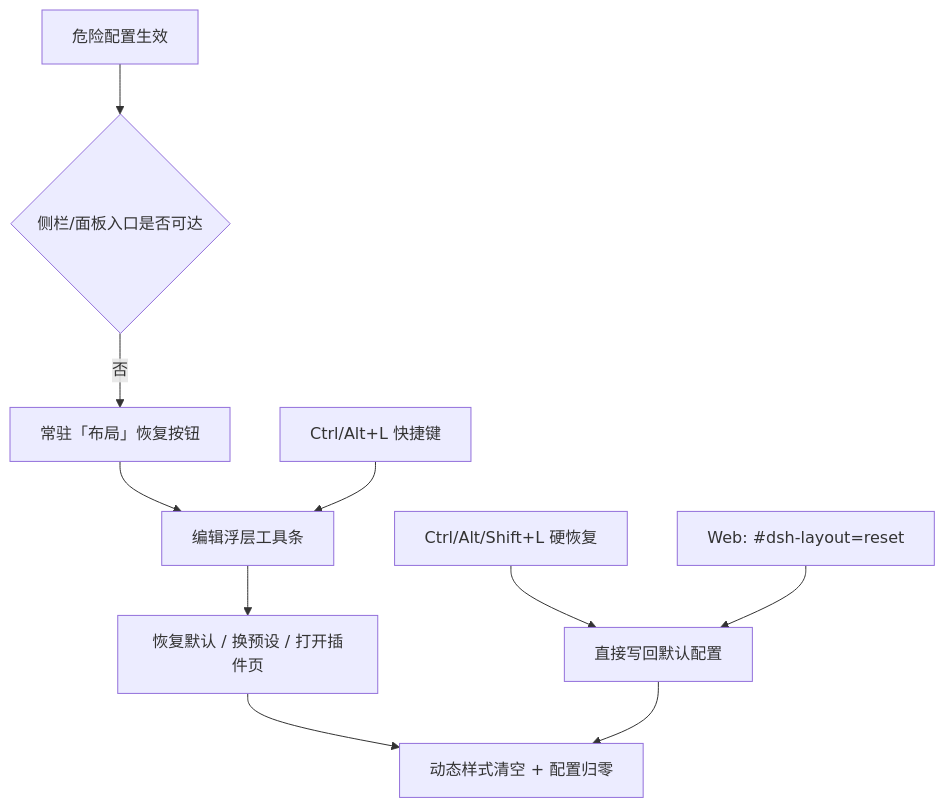
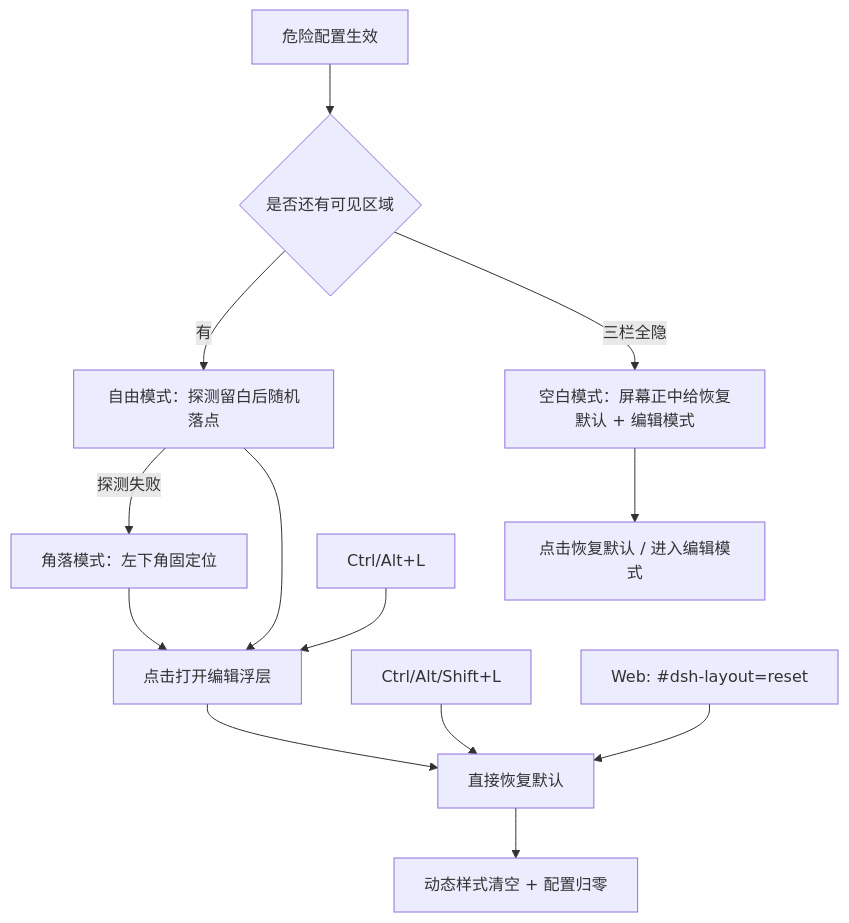
The second of 2 diagrams in docs/details/架构/README.md (LINGTIAN303/dsh-layout), drawn with Mermaid before and after one commit. The commit also changed other lines of this file and 9 other files, not shown here.

First line of the commit message:
feat(dsh-layout): 恢复入口改为智能落点，支持隐藏会话区形成空白页

````diff
--- a/docs/details/架构/README.md
+++ b/docs/details/架构/README.md
@@ -42,12 +42,15 @@
 ```mermaid
 flowchart TD
-  A[危险配置生效] --> B{侧栏/面板入口是否可达}
-  B -- 否 --> C[常驻「布局」恢复按钮]
-  C --> D[编辑浮层工具条]
-  D --> E[恢复默认 / 换预设 / 打开插件页]
-  F[Ctrl/Alt+L 快捷键] --> D
-  G[Ctrl/Alt/Shift+L 硬恢复] --> H[直接写回默认配置]
-  I[Web: #dsh-layout=reset] --> H
-  E --> J[动态样式清空 + 配置归零]
-  H --> J
+  A[危险配置生效] --> B{是否还有可见区域}
+  B -- 有 --> C[自由模式：探测留白后随机落点]
+  B -- 三栏全隐 --> D[空白模式：屏幕正中给恢复默认 + 编辑模式]
+  C -- 探测失败 --> E[角落模式：左下角固定位]
+  C --> F[点击打开编辑浮层]
+  D --> G[点击恢复默认 / 进入编辑模式]
+  E --> F
+  H[Ctrl/Alt+L] --> F
+  I[Ctrl/Alt/Shift+L] --> J[直接恢复默认]
+  K[Web: #dsh-layout=reset] --> J
+  F --> J
+  J --> L[动态样式清空 + 配置归零]
 ```
````
